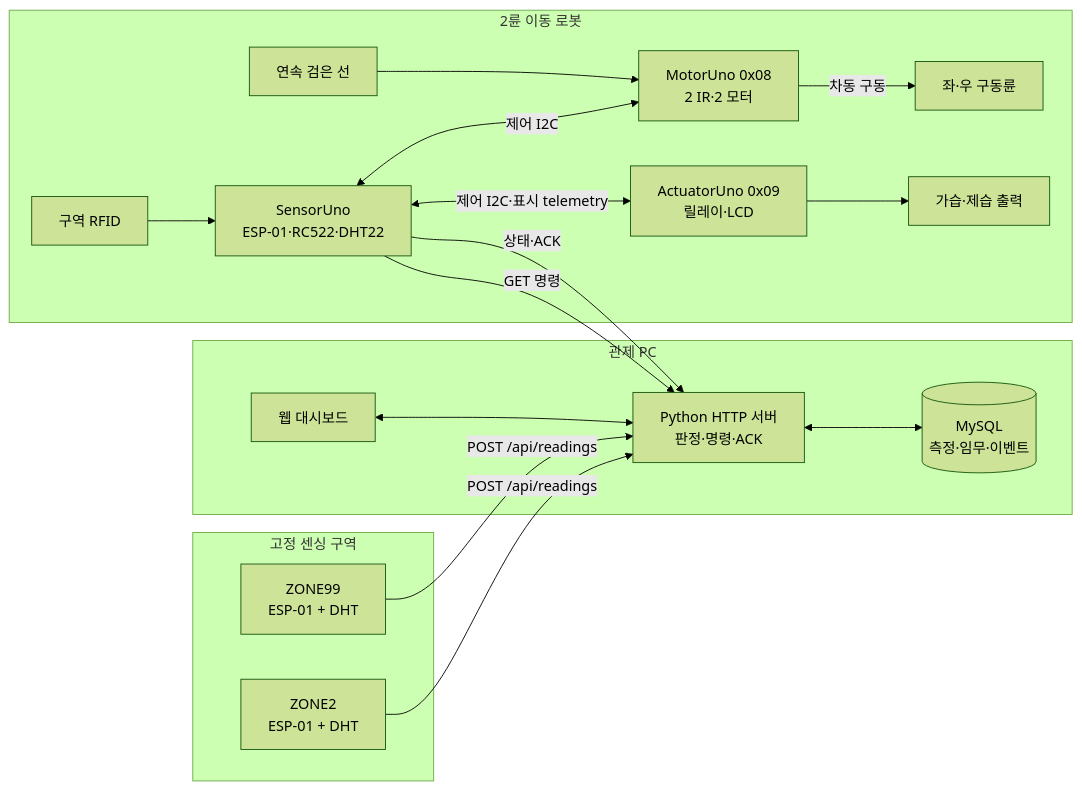
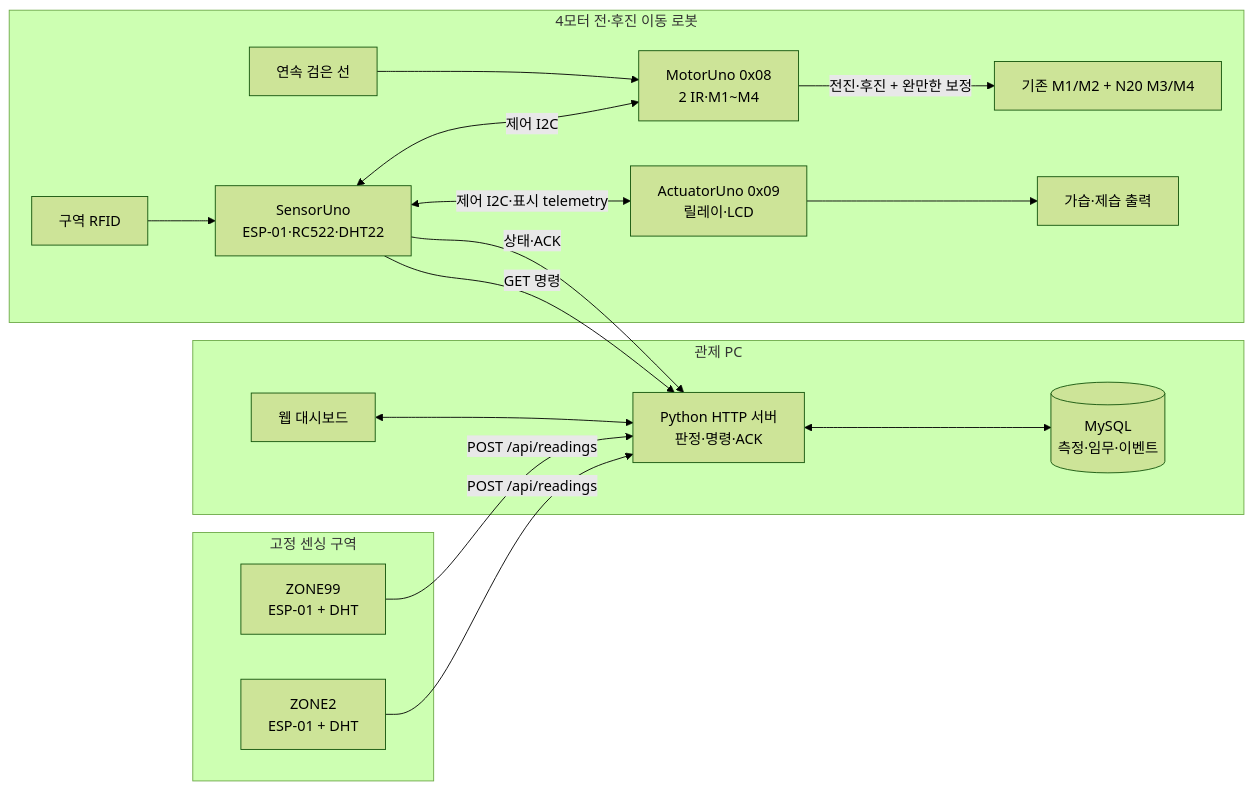
The first of 2 diagrams in docs/architecture.md (oioihoihoih/mobile-humidity-control-robot), drawn with Mermaid (forest theme) before and after one commit. The commit also changed other lines of this file and 39 other files, not shown here.

````diff
--- a/docs/architecture.md
+++ b/docs/architecture.md
@@ -7,36 +7,36 @@
 ```mermaid
 flowchart LR
     subgraph ZONES[고정 센싱 구역]
         Z2[ZONE2<br/>ESP-01 + DHT]
         Z99[ZONE99<br/>ESP-01 + DHT]
     end
 
     subgraph SERVER[관제 PC]
         API[Python HTTP 서버<br/>판정·명령·ACK]
         DB[(MySQL<br/>측정·임무·이벤트)]
         UI[웹 대시보드]
     end
 
-    subgraph ROBOT[2륜 이동 로봇]
+    subgraph ROBOT[4모터 전·후진 이동 로봇]
         SENSOR[SensorUno<br/>ESP-01·RC522·DHT22]
-        MOTOR[MotorUno 0x08<br/>2 IR·2 모터]
+        MOTOR[MotorUno 0x08<br/>2 IR·M1~M4]
         ACT[ActuatorUno 0x09<br/>릴레이·LCD]
         TRACK[연속 검은 선]
         TAGS[구역 RFID]
-        WHEELS[좌·우 구동륜]
+        WHEELS[기존 M1/M2 + N20 M3/M4]
         LOADS[가습·제습 출력]
     end
 
     Z2 -->|POST /api/readings| API
     Z99 -->|POST /api/readings| API
     API <--> DB
     UI <--> API
     SENSOR -->|GET 명령| API
     SENSOR -->|상태·ACK| API
     SENSOR <-->|제어 I2C| MOTOR
     SENSOR <-->|제어 I2C·표시 telemetry| ACT
     TRACK --> MOTOR
     TAGS --> SENSOR
-    MOTOR -->|차동 구동| WHEELS
+    MOTOR -->|전진·후진 + 완만한 보정| WHEELS
     ACT --> LOADS
 ```
````
